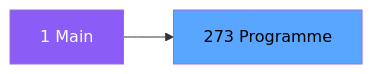
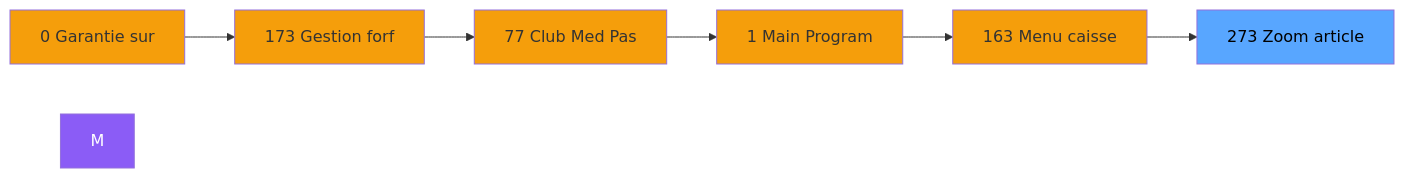
One commit to thonyAGP/magic-migration changed the second of 3 diagrams in .openspec/specs/ADH-IDE-273.md. Above: the diagram before and after it, drawn with Mermaid. The commit also changed other lines of this file and 323 other files, not shown here.

````diff
--- a/.openspec/specs/ADH-IDE-273.md
+++ b/.openspec/specs/ADH-IDE-273.md
@@ -98,8 +105,21 @@
 ```mermaid
 graph LR
-    M[1 Main]
-    T[273 Programme]
-    M --> T
+    N0[0 Garantie sur]
+    N173[173 Gestion forf]
+    N77[77 Club Med Pas]
+    N1[1 Main Program]
+    N163[163 Menu caisse ]
+    T[273 Zoom article]
+    N0 --> N173
+    N173 --> N77
+    N77 --> N1
+    N1 --> N163
+    N163 --> T
     style M fill:#8b5cf6,color:#fff
+    style N0 fill:#f59e0b
+    style N173 fill:#f59e0b
+    style N77 fill:#f59e0b
+    style N1 fill:#f59e0b
+    style N163 fill:#f59e0b
     style T fill:#58a6ff,color:#000
 ```
````
